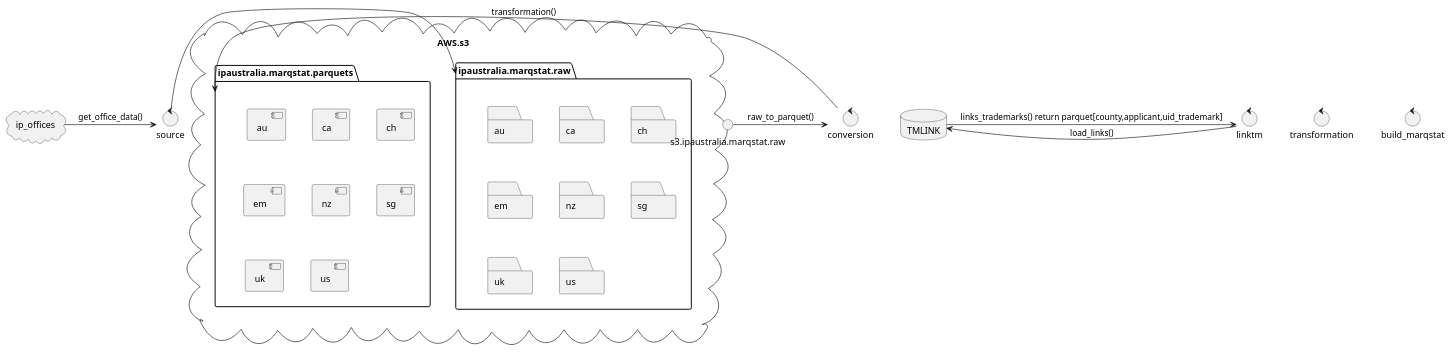
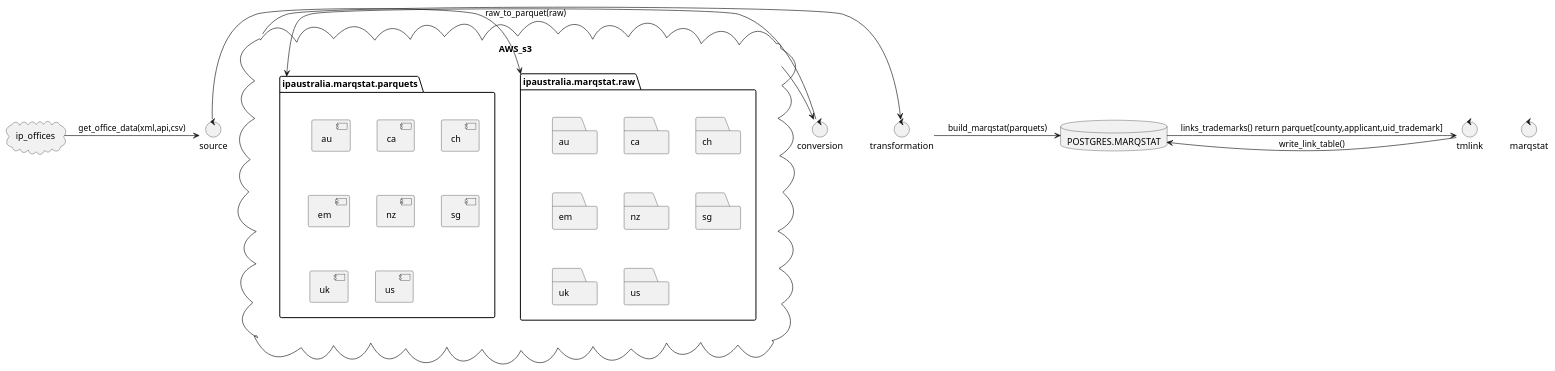
One commit to MARSQSTAT/MARKQSTAT changed the diagram in MARSTAT_PLAN.puml. Above: the diagram before and after it, drawn with PlantUML. The commit also changed 5 other files, not shown here.

```diff
--- a/MARSTAT_PLAN.puml
+++ b/MARSTAT_PLAN.puml
@@ -1,40 +1,41 @@
 @startuml
 cloud ip_offices
-cloud AWS.s3{
+cloud AWS_s3 {
 folder ipaustralia.marqstat.raw {
 folder au
 folder ca
 folder ch
 folder em
 folder nz
 folder sg
 folder uk
 folder us
 }
 folder ipaustralia.marqstat.parquets {
 [au ]
 [ca ]
 [ch ]
 [em ]
 [nz ]
 [sg ]
 [uk ]
 [us ]
 }
 }
-database TMLINK
 control source
 control conversion
 control transformation
-control linktm
-control build_marqstat
+control tmlink
+control marqstat
+database POSTGRES.MARQSTAT
 
-ip_offices -> source: get_office_data()
+ip_offices -> source: get_office_data(xml,api,csv)
 source -> ipaustralia.marqstat.raw
-s3.ipaustralia.marqstat.raw -> conversion: raw_to_parquet()
-conversion -> ipaustralia.marqstat.parquets: transformation()
-
-TMLINK -> linktm: links_trademarks() return parquet[county,applicant,uid_trademark]
-linktm -> TMLINK: load_links()
+AWS_s3 -> conversion: raw_to_parquet(raw)
+conversion -> ipaustralia.marqstat.parquets
+AWS_s3 -> transformation
+transformation -> POSTGRES.MARQSTAT: build_marqstat(parquets)
+POSTGRES.MARQSTAT -> tmlink: links_trademarks() return parquet[county,applicant,uid_trademark]
+tmlink -> POSTGRES.MARQSTAT: write_link_table()
 
 @enduml
```
